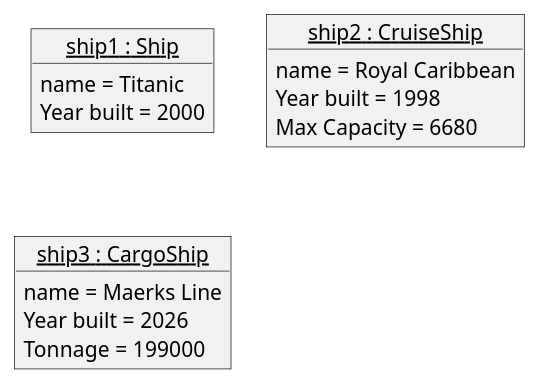
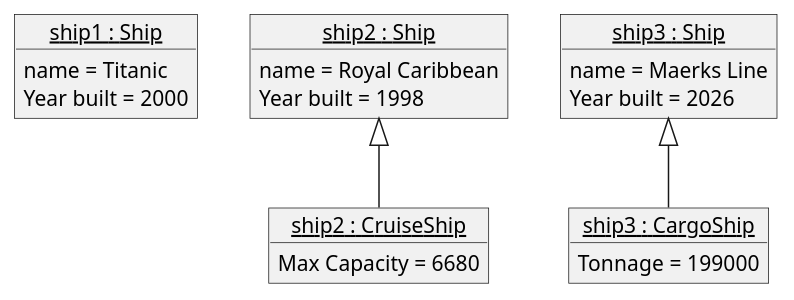
Before and after one commit to Hugo-Mathus/Homework5: the diagram in OBJECTS/Polymorphism.puml, drawn with PlantUML.

Commit message:
Updated polymorphis object diagram

```diff
--- a/OBJECTS/Polymorphism.puml
+++ b/OBJECTS/Polymorphism.puml
@@ -1,20 +1,33 @@
 @startuml
 
 object "<u>ship1 : Ship</u>" as ship1{
     name = Titanic
     Year built = 2000
 }
 
-object "<u>ship2 : CruiseShip</u>" as ship2{
+
+object "<u>ship2 : Ship</u>" as ship2{
     name = Royal Caribbean
     Year built = 1998
+
+}
+
+object "<u>ship2 : CruiseShip</u>" as CruiseShip{
     Max Capacity = 6680
 }
 
-object "<u>ship3 : CargoShip</u>" as ship3{
+
+object "<u>ship3 : Ship</u>" as ship3{
     name = Maerks Line
     Year built = 2026
+}
+
+object "<u>ship3 : CargoShip</u>" as CargoShip{
     Tonnage = 199000
 }
 
+
+ship2 <|-- CruiseShip
+ship3 <|-- CargoShip
+
 @enduml
```
